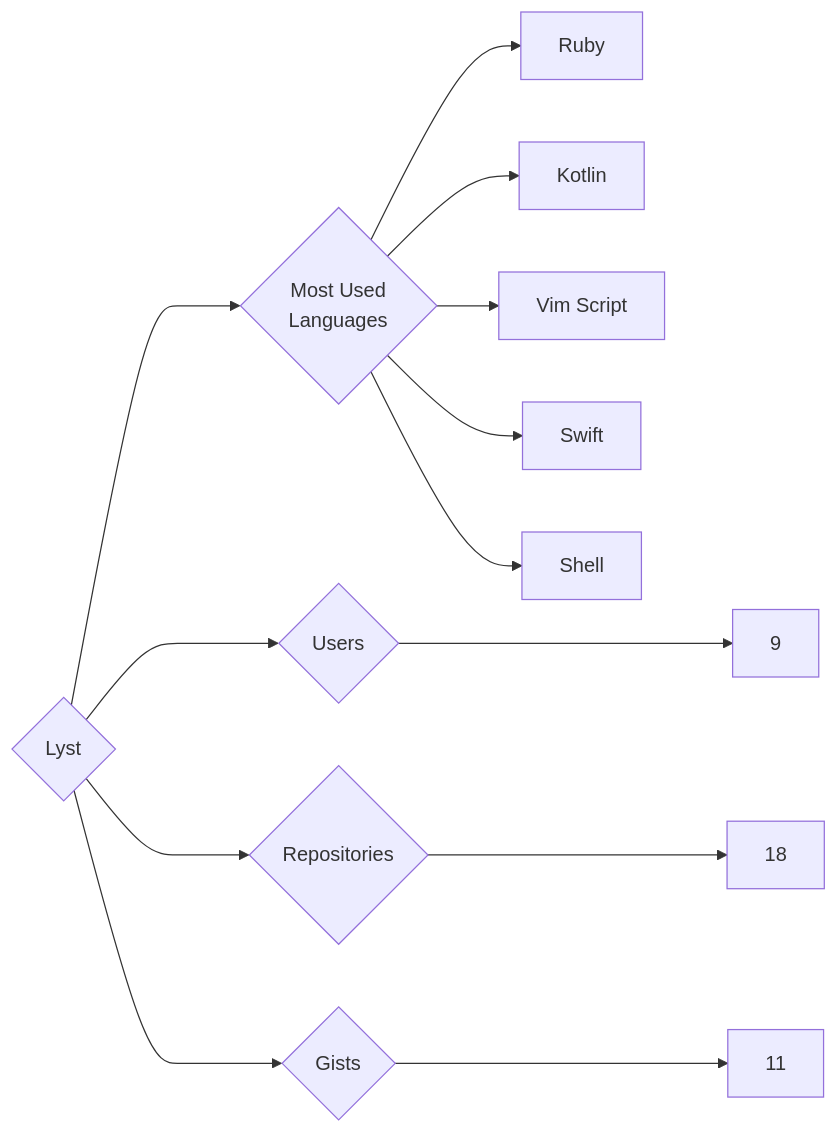
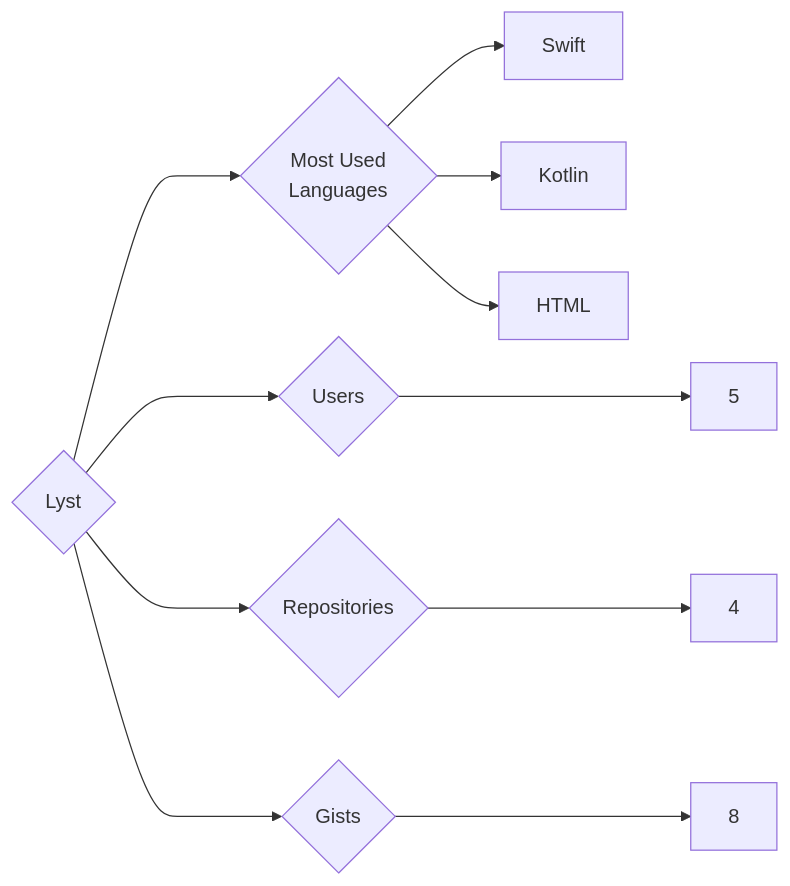
Before and after one commit to trickest/insiders: the diagram in targets/Lyst/README.md, drawn with Mermaid. The commit also changed 871 other files, not shown here.

````diff
--- a/targets/Lyst/README.md
+++ b/targets/Lyst/README.md
@@ -3,13 +3,11 @@
 ```mermaid
 graph LR
 COMPANY_NAME{Lyst}
-COMPANY_NAME ---> U{Users} ---> UN[9]
-COMPANY_NAME ---> R{Repositories} ---> RN[18]
-COMPANY_NAME ---> G{Gists} ---> GN[11]
+COMPANY_NAME ---> U{Users} ---> UN[5]
+COMPANY_NAME ---> R{Repositories} ---> RN[4]
+COMPANY_NAME ---> G{Gists} ---> GN[8]
 COMPANY_NAME ---> ML{Most Used<br>Languages}
-ML --> Ruby[Ruby]
+ML --> Swift[Swift]
 ML --> Kotlin[Kotlin]
-ML --> Vim_Script[Vim Script]
-ML --> Swift[Swift]
-ML --> Shell[Shell]
+ML --> HTML[HTML]
 ```
````
